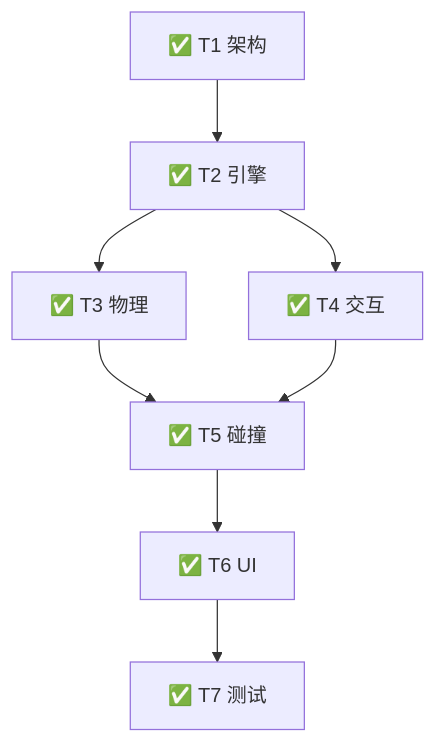
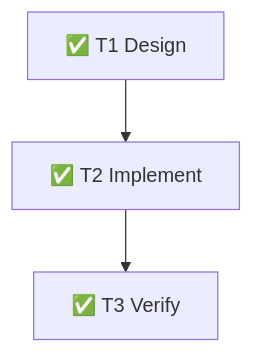
One commit to fql9/multiagent-autodev-workflow changed the diagram in DASHBOARD.md. Above: the diagram before and after it, drawn with Mermaid. The commit also changed other lines of this file and 10 other files, not shown here.

````diff
--- a/DASHBOARD.md
+++ b/DASHBOARD.md
@@ -155,10 +162,5 @@
 ```mermaid
 graph TD
-  T1[✅ T1 架构] --> T2[✅ T2 引擎]
-  T2 --> T3[✅ T3 物理]
-  T2 --> T4[✅ T4 交互]
-  T3 --> T5[✅ T5 碰撞]
-  T4 --> T5
-  T5 --> T6[✅ T6 UI]
-  T6 --> T7[✅ T7 测试]
+  T1[✅ T1 Design] --> T2[✅ T2 Implement]
+  T2 --> T3[✅ T3 Verify]
 ```
````
